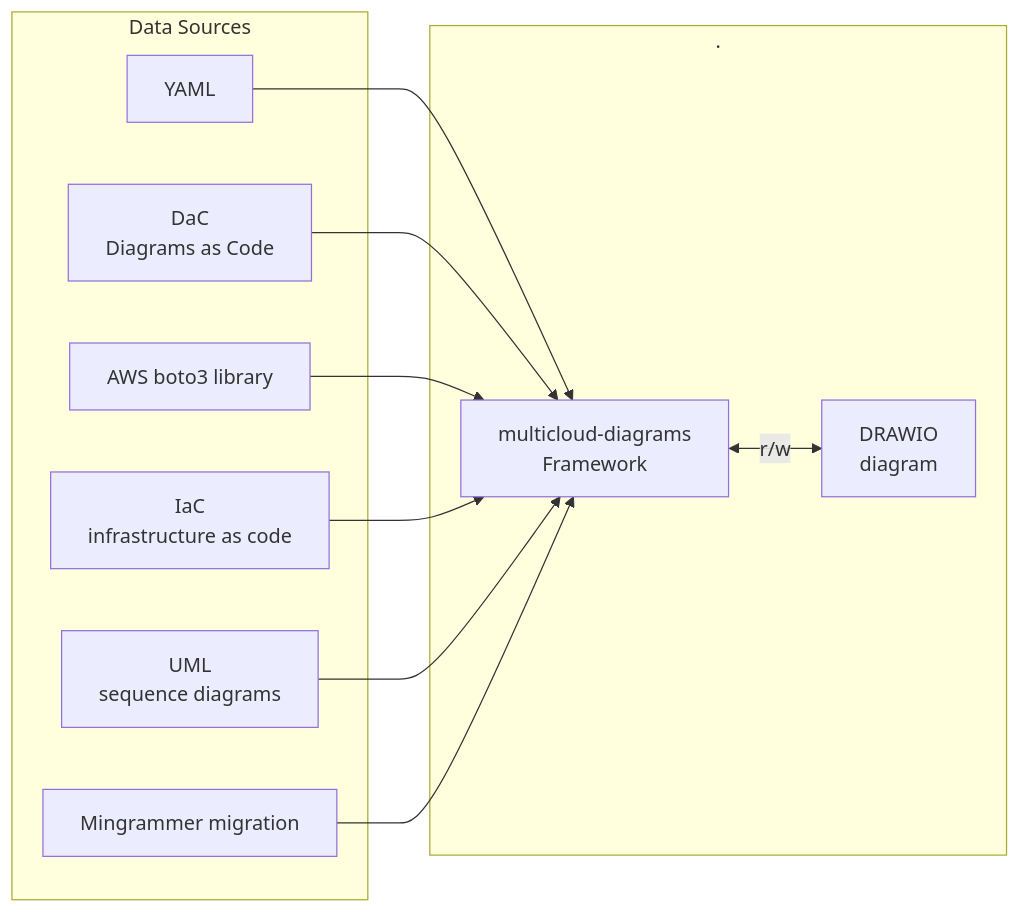
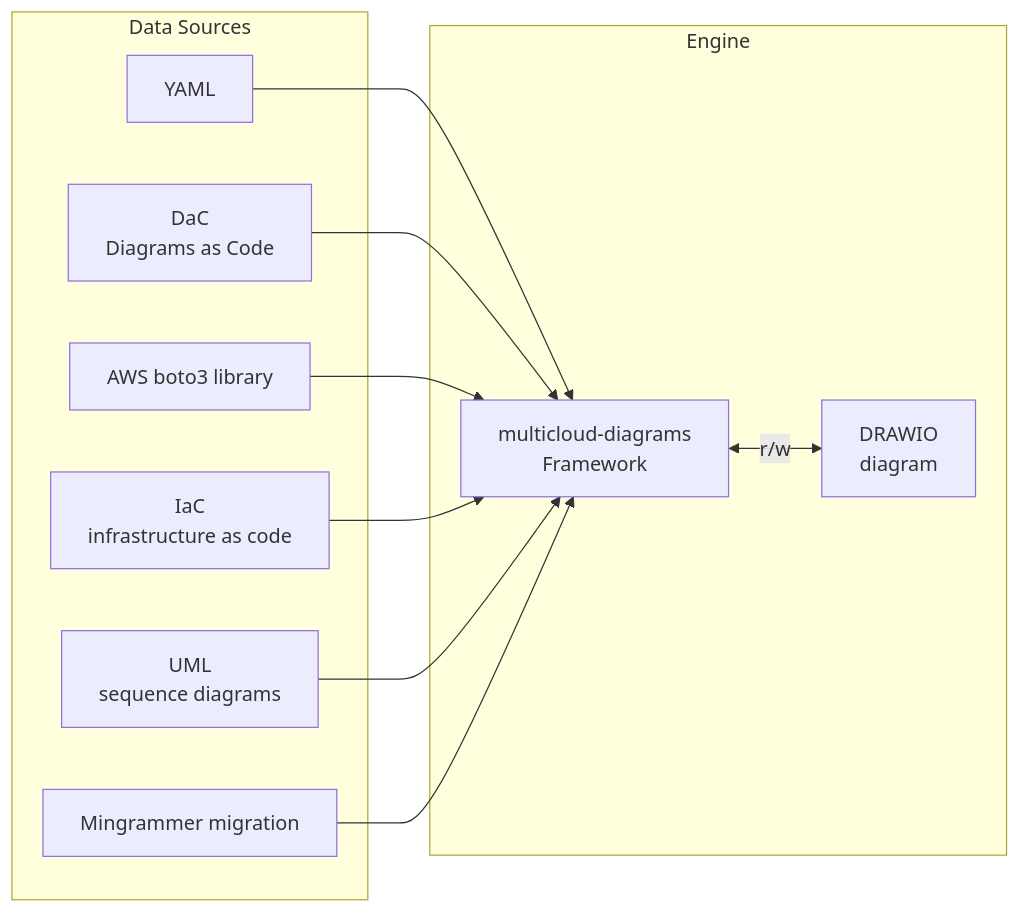
Before and after one commit to tsypuk/multicloud-diagrams: the diagram in docs/docs/core-components/integration.md, drawn with Mermaid. The commit also changed other lines of this file and 9 other files, not shown here.

Commit message:
docs: add mermaid documentation

````diff
--- a/docs/docs/core-components/integration.md
+++ b/docs/docs/core-components/integration.md
@@ -12,15 +11,15 @@
 ```mermaid
 flowchart LR
-subgraph .
+subgraph Engine
 A[multicloud-diagrams\n Framework] <-->| r/w | B[DRAWIO \n diagram];
 end
 
 subgraph Data Sources
 Y[YAML] --> A
 D[DaC \n Diagrams as Code] --> A
 BOTO3[AWS boto3 library] --> A
 IAC[IaC \n infrastructure as code] --> A
 UML[UML \n sequence diagrams] --> A
 M[Mingrammer migration] --> A
 end
 ```
````
